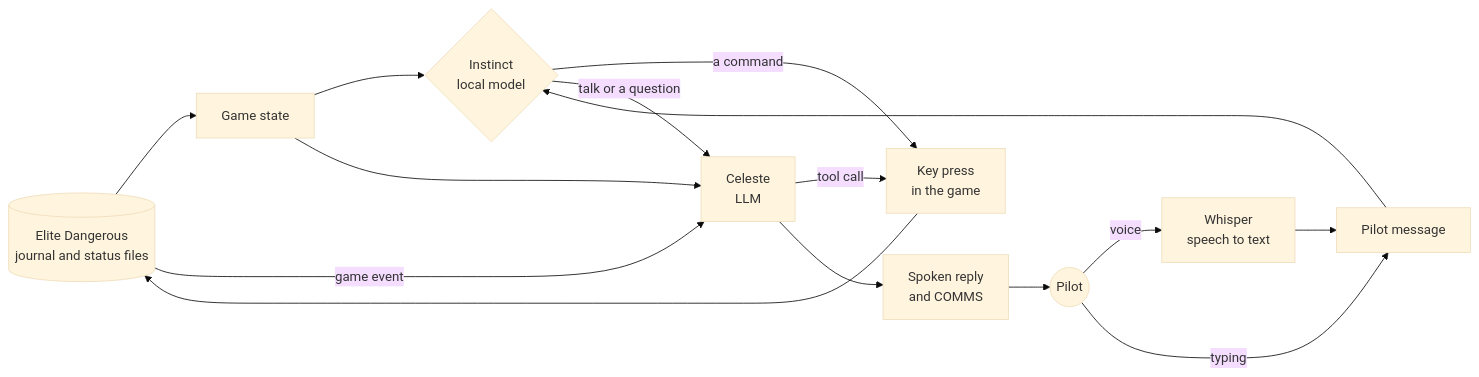
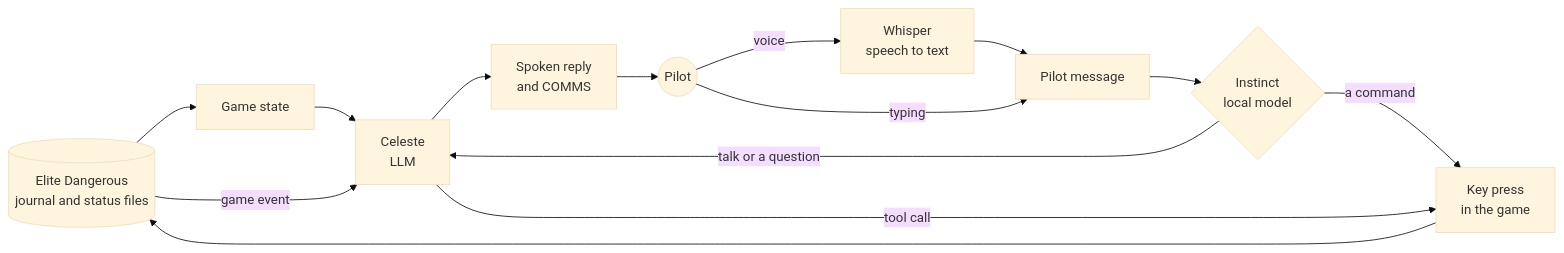
Before and after one commit to IqSantiagow/EDCeleste: the first of 3 diagrams in README.md, drawn with Mermaid (base theme). The commit also changed other lines of this file and 25 other files, not shown here.

````diff
--- a/README.md
+++ b/README.md
@@ -50,17 +50,16 @@
 ```mermaid
 flowchart LR
     Game[("Elite Dangerous<br/>journal and status files")] --> State["Game state"]
     Pilot(("Pilot")) -- "voice" --> STT["Whisper<br/>speech to text"]
     STT --> Message["Pilot message"]
     Pilot -- "typing" --> Message
     Message --> Instinct{"Instinct<br/>local model"}
-    State --> Instinct
     Instinct -- "a command" --> Keys["Key press<br/>in the game"]
     Instinct -- "talk or a question" --> Celeste["Celeste<br/>LLM"]
     State --> Celeste
     Game -- "game event" --> Celeste
     Celeste -- "tool call" --> Keys
     Celeste --> Voice["Spoken reply<br/>and COMMS"]
     Keys --> Game
     Voice --> Pilot
 ```
````
